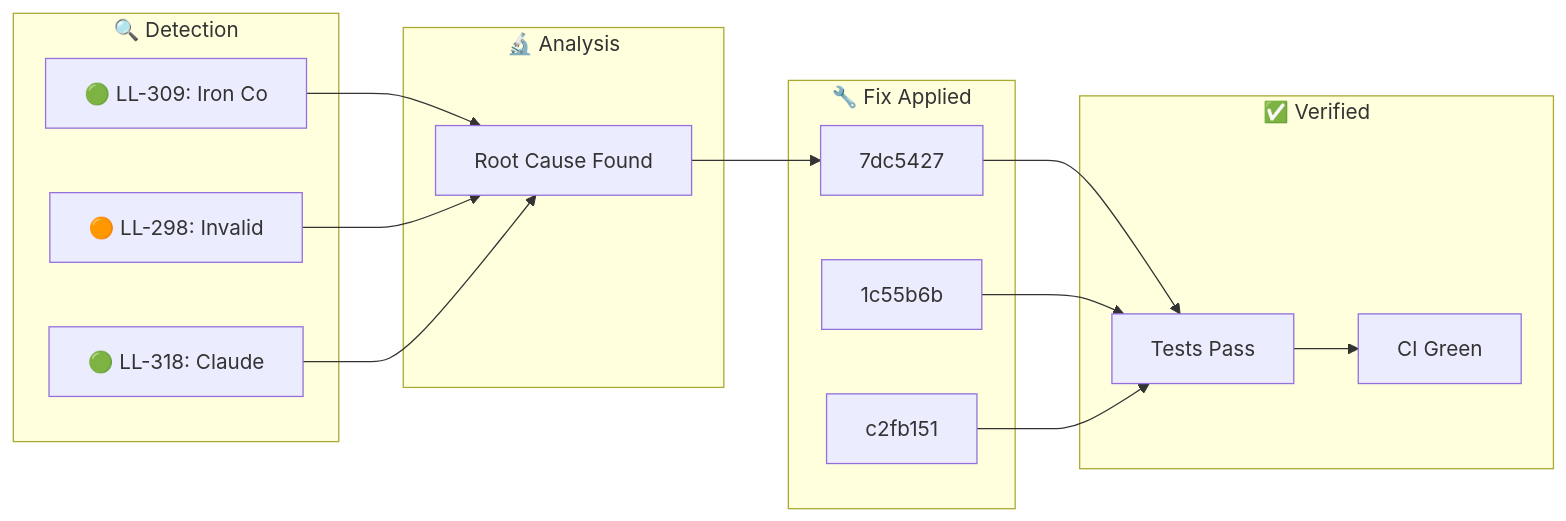
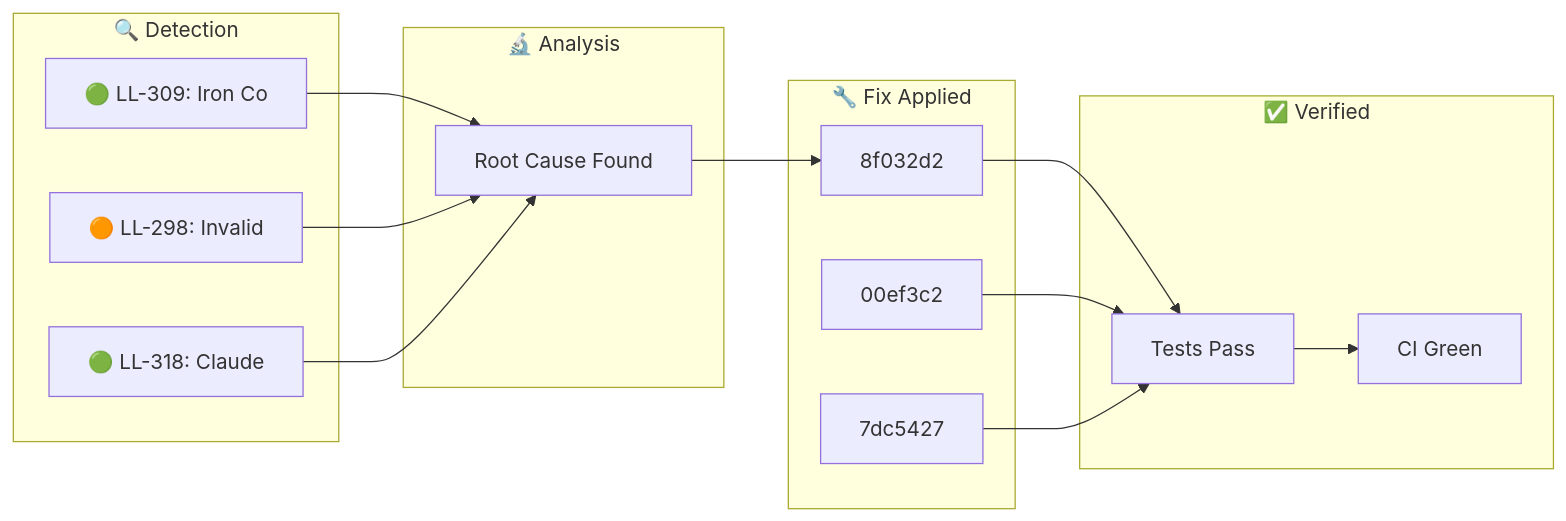
Before and after one commit to YoByron/trading: the diagram in docs/_posts/2026-01-31-ralph-discovery.md, drawn with Mermaid. The commit also changed other lines of this file, not shown here.

````diff
--- a/docs/_posts/2026-01-31-ralph-discovery.md
+++ b/docs/_posts/2026-01-31-ralph-discovery.md
@@ -17,28 +17,28 @@
 ```mermaid
 flowchart LR
     subgraph Detection["🔍 Detection"]
         D1["🟢 LL-309: Iron Co"]
         D2["🟠 LL-298: Invalid"]
         D3["🟢 LL-318: Claude "]
     end
     subgraph Analysis["🔬 Analysis"]
         A1["Root Cause Found"]
     end
     subgraph Fix["🔧 Fix Applied"]
-        F1["7dc5427"]
-        F2["1c55b6b"]
-        F3["c2fb151"]
+        F1["8f032d2"]
+        F2["00ef3c2"]
+        F3["7dc5427"]
     end
     subgraph Verify["✅ Verified"]
         V1["Tests Pass"]
         V2["CI Green"]
     end
     D1 --> A1
     D2 --> A1
     D3 --> A1
     A1 --> F1
     F1 --> V1
     F2 --> V1
     F3 --> V1
     V1 --> V2
 ```
````
